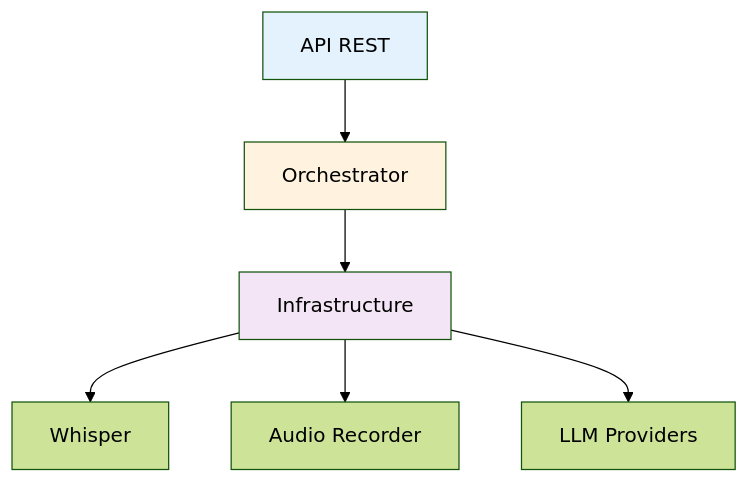
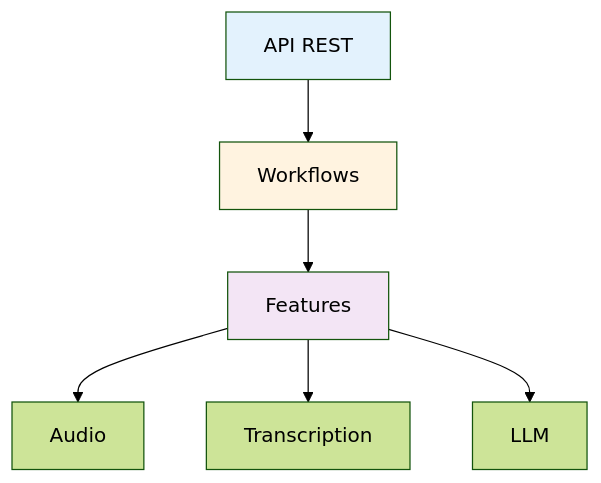
One commit to zarvent/v2m-lab changed the diagram in docs/docs/es/api/backend/index.md. Above: the diagram before and after it, drawn with Mermaid (forest theme). The commit also changed other lines of this file and 14 other files, not shown here.

Commit message:
feat: Restructure documentation and code organization for improved clarity and maintainability, introducing workflows and modular features

````diff
--- a/docs/docs/es/api/backend/index.md
+++ b/docs/docs/es/api/backend/index.md
@@ -31,12 +31,12 @@
 ```mermaid
 graph TD
-    A[API REST] --> B[Orchestrator]
-    B --> C[Infrastructure]
-    C --> D[Whisper]
-    C --> E[Audio Recorder]
-    C --> F[LLM Providers]
+    A[API REST] --> B[Workflows]
+    B --> C[Features]
+    C --> D[Audio]
+    C --> E[Transcription]
+    C --> F[LLM]
 
     style A fill:#e3f2fd
     style B fill:#fff3e0
     style C fill:#f3e5f5
 ```
````
